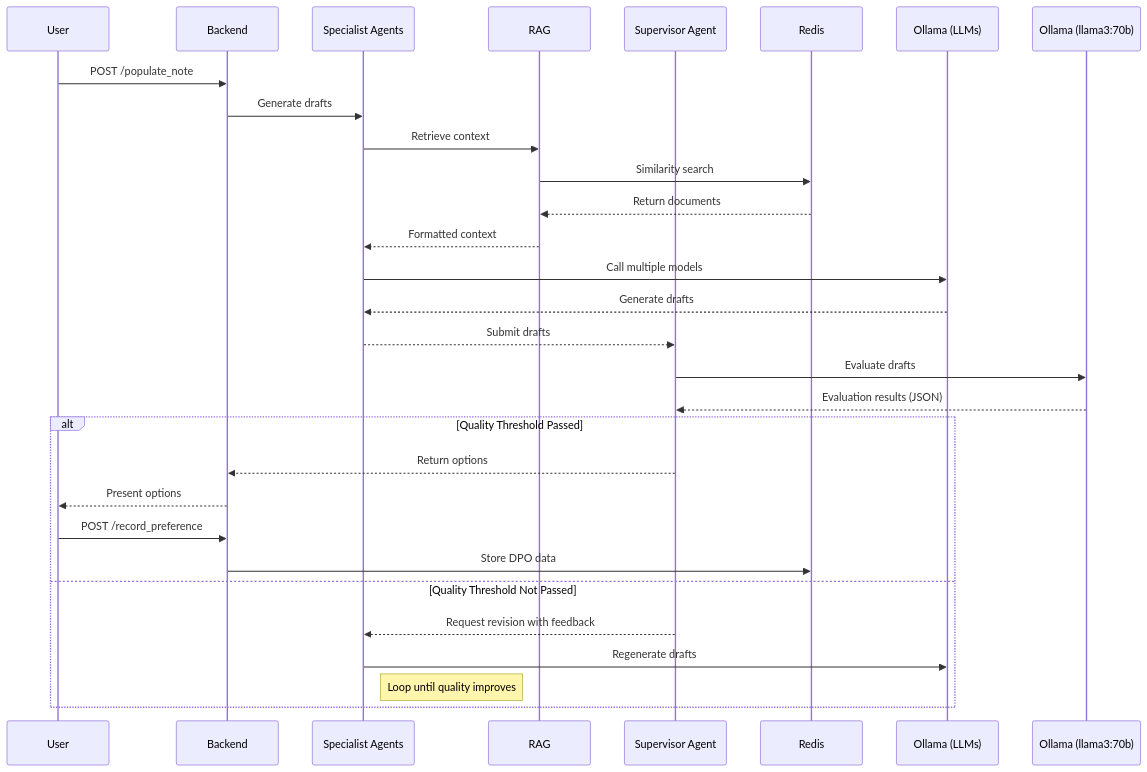
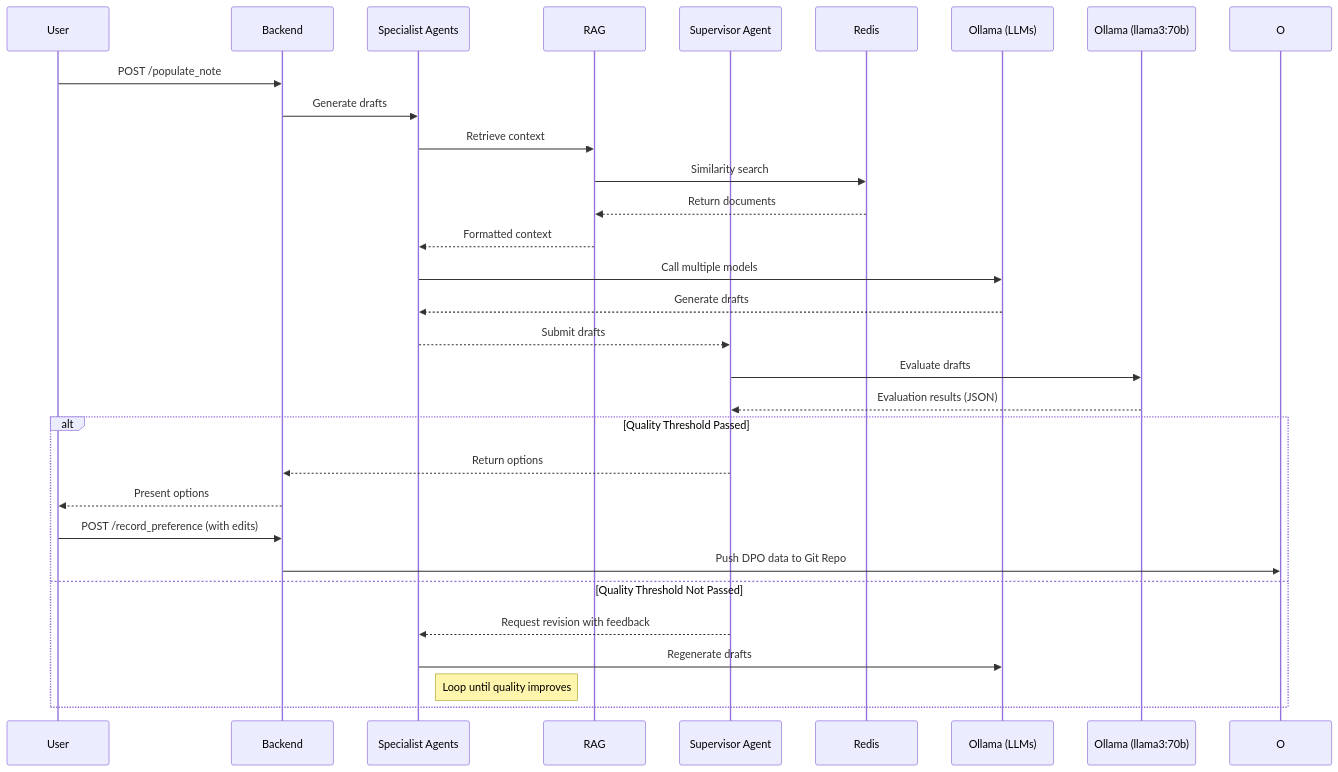
Before and after one commit to sblabkribb/labnote-ai-backend: the second of 2 diagrams in README.md, drawn with Mermaid. The commit also changed other lines of this file, not shown here.

````diff
--- a/README.md
+++ b/README.md
@@ -95,34 +115,34 @@
 ```mermaid
 sequenceDiagram
     participant User
     participant Backend
     participant SpecialistAgents as Specialist Agents
     participant RAG
     participant SupervisorAgent as Supervisor Agent
     participant Redis
     participant OllamaLLMs as Ollama (LLMs)
     participant Ollama70b as Ollama (llama3:70b)
 
     User->>Backend: POST /populate_note
     Backend->>SpecialistAgents: Generate drafts
     SpecialistAgents->>RAG: Retrieve context
     RAG->>Redis: Similarity search
     Redis-->>RAG: Return documents
     RAG-->>SpecialistAgents: Formatted context
     SpecialistAgents->>OllamaLLMs: Call multiple models
     OllamaLLMs-->>SpecialistAgents: Generate drafts
     SpecialistAgents-->>SupervisorAgent: Submit drafts
     SupervisorAgent->>Ollama70b: Evaluate drafts
     Ollama70b-->>SupervisorAgent: Evaluation results (JSON)
     
     alt Quality Threshold Passed
         SupervisorAgent-->>Backend: Return options
         Backend-->>User: Present options
-        User->>Backend: POST /record_preference
-        Backend->>Redis: Store DPO data
+        User->>Backend: POST /record_preference (with edits)
+        Backend->>O: Push DPO data to Git Repo
     else Quality Threshold Not Passed
         SupervisorAgent-->>SpecialistAgents: Request revision with feedback
         SpecialistAgents->>OllamaLLMs: Regenerate drafts
         Note right of SpecialistAgents: Loop until quality improves
     end
 ```
````
